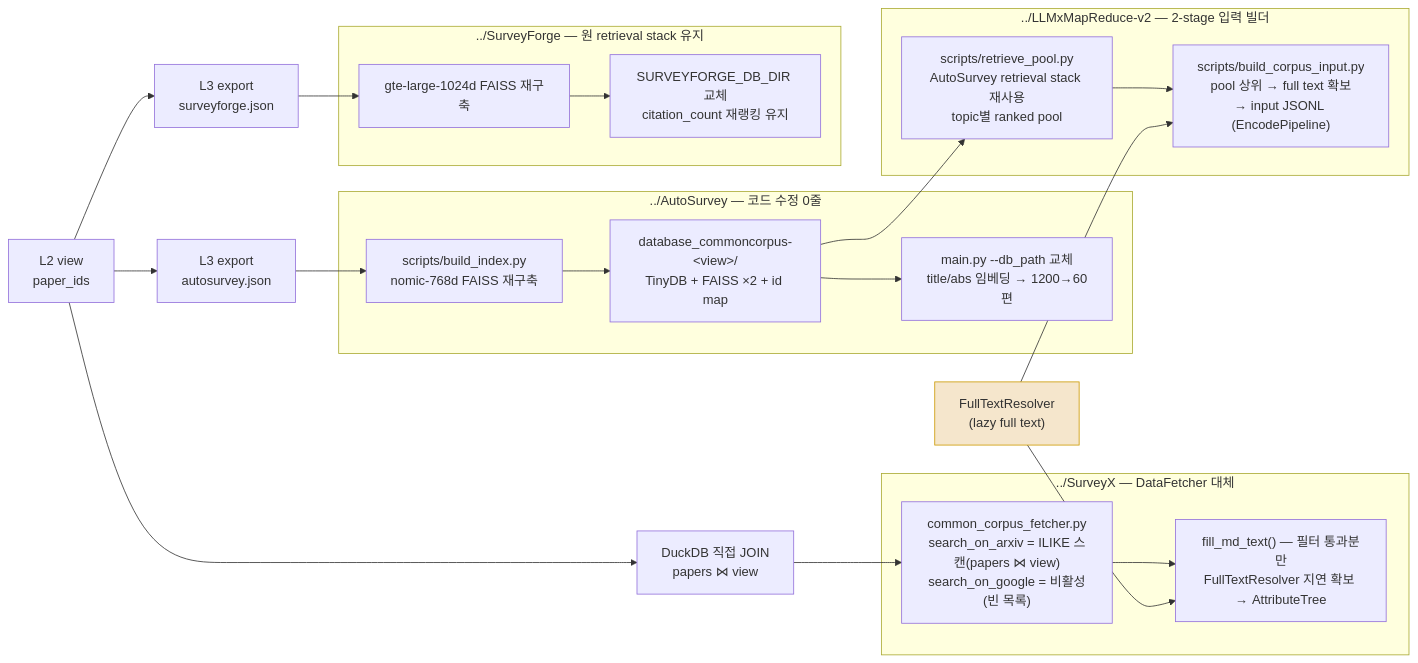
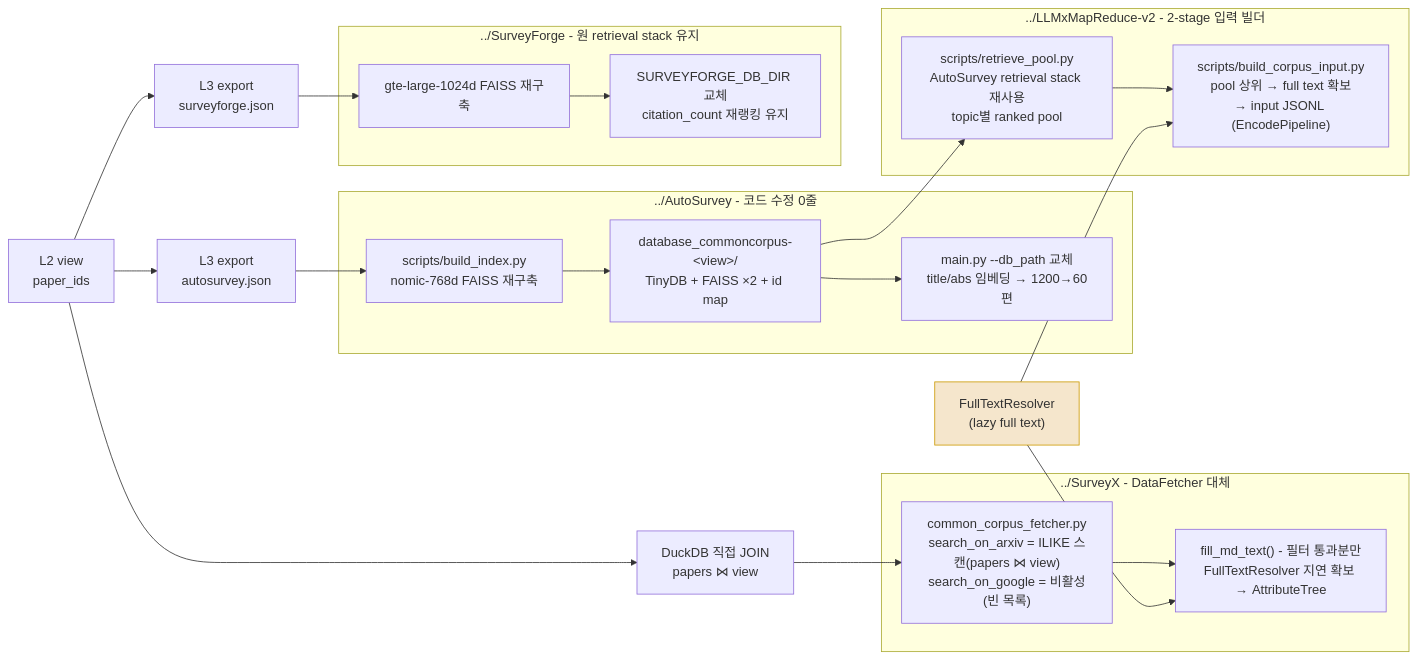
The second of 2 diagrams in README.md (brian-223134/asg-common-corpus), drawn with Mermaid before and after one commit. The commit also changed other lines of this file, not shown here.

Commit message:
docs: mermaid 단계별 한 줄 설명 추가, 긴 하이픈 기호 제거

````diff
--- a/README.md
+++ b/README.md
@@ -175,36 +187,36 @@
 ```mermaid
 flowchart LR
     V["L2 view<br/>paper_ids"] --> EA["L3 export<br/>autosurvey.json"]
     V --> ES["L3 export<br/>surveyforge.json"]
     V --> DQ["DuckDB 직접 JOIN<br/>papers ⋈ view"]
     FT["FullTextResolver<br/>(lazy full text)"]
 
-    subgraph A1["../AutoSurvey — 코드 수정 0줄"]
+    subgraph A1["../AutoSurvey - 코드 수정 0줄"]
         AB["scripts/build_index.py<br/>nomic-768d FAISS 재구축"]
         AD["database_commoncorpus-&lt;view&gt;/<br/>TinyDB + FAISS ×2 + id map"]
         AM["main.py --db_path 교체<br/>title/abs 임베딩 → 1200→60편"]
     end
     EA --> AB --> AD --> AM
 
-    subgraph A2["../SurveyForge — 원 retrieval stack 유지"]
+    subgraph A2["../SurveyForge - 원 retrieval stack 유지"]
         SB["gte-large-1024d FAISS 재구축"]
         SD["SURVEYFORGE_DB_DIR 교체<br/>citation_count 재랭킹 유지"]
     end
     ES --> SB --> SD
 
-    subgraph A3["../SurveyX — DataFetcher 대체"]
+    subgraph A3["../SurveyX - DataFetcher 대체"]
         XF["common_corpus_fetcher.py<br/>search_on_arxiv = ILIKE 스캔(papers ⋈ view)<br/>search_on_google = 비활성(빈 목록)"]
-        XT["fill_md_text() — 필터 통과분만<br/>FullTextResolver 지연 확보 → AttributeTree"]
+        XT["fill_md_text() - 필터 통과분만<br/>FullTextResolver 지연 확보 → AttributeTree"]
     end
     DQ --> XF --> XT
     FT --> XT
 
-    subgraph A4["../LLMxMapReduce-v2 — 2-stage 입력 빌더"]
+    subgraph A4["../LLMxMapReduce-v2 - 2-stage 입력 빌더"]
         M1["scripts/retrieve_pool.py<br/>AutoSurvey retrieval stack 재사용<br/>topic별 ranked pool"]
         M2["scripts/build_corpus_input.py<br/>pool 상위 → full text 확보<br/>→ input JSONL (EncodePipeline)"]
     end
     AD --> M1 --> M2
     FT --> M2
 
     style FT fill:#f5e6cc,stroke:#c90
 ```
````
